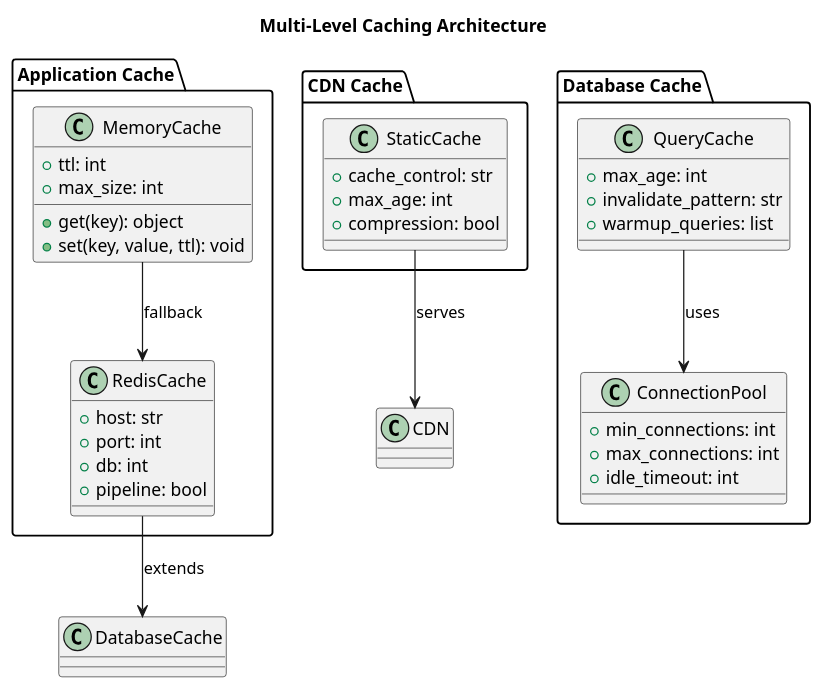
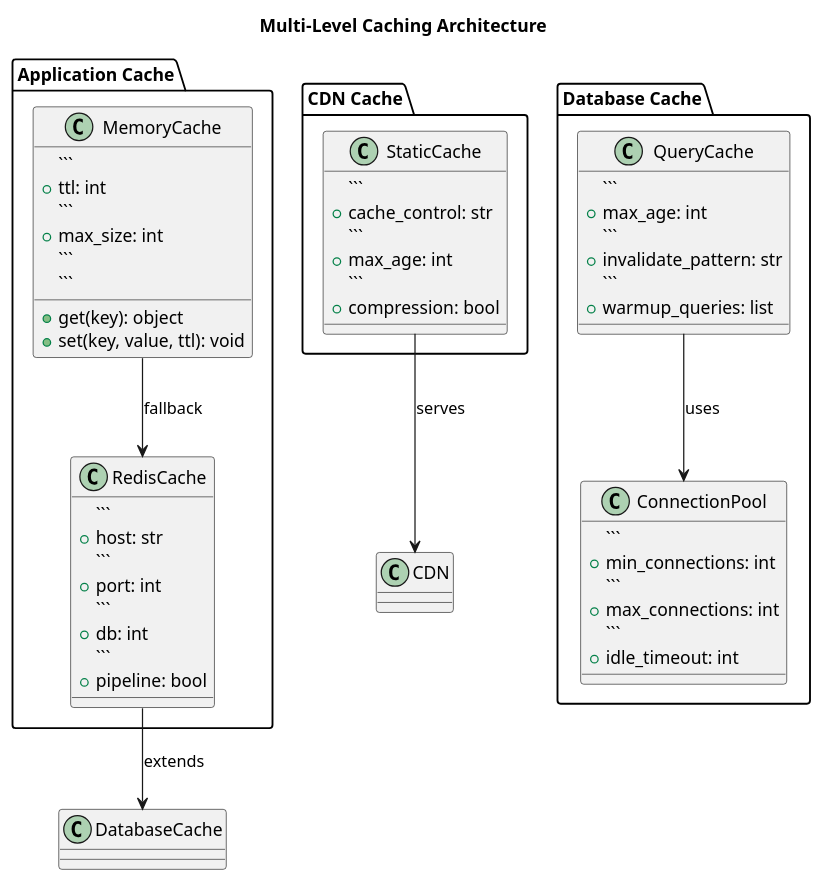
Before and after one commit to datacosmos-br/gruponos-meltano-native: diagram 12 of 13 in docs/architecture/arc42/README.md, drawn with PlantUML. The commit also changed other lines of this file and 31 other files, not shown here.

````diff
--- a/docs/architecture/arc42/README.md
+++ b/docs/architecture/arc42/README.md
@@ -930,47 +1164,64 @@
 ```plantuml
 @startuml Caching_Strategy
 title Multi-Level Caching Architecture
 
 package "Application Cache" {
   class MemoryCache {
+    ```
     +ttl: int
+    ```
     +max_size: int
+    ```
     +get(key): object
+    ```
     +set(key, value, ttl): void
   }
 
   class RedisCache {
+    ```
     +host: str
+    ```
     +port: int
+    ```
     +db: int
+    ```
     +pipeline: bool
   }
 }
 
 package "Database Cache" {
   class QueryCache {
+    ```
     +max_age: int
+    ```
     +invalidate_pattern: str
+    ```
     +warmup_queries: list
   }
 
   class ConnectionPool {
+    ```
     +min_connections: int
+    ```
     +max_connections: int
+    ```
     +idle_timeout: int
   }
 }
 
 package "CDN Cache" {
   class StaticCache {
+    ```
     +cache_control: str
+    ```
     +max_age: int
+    ```
     +compression: bool
   }
 }
 
 MemoryCache --> RedisCache : fallback
 RedisCache --> DatabaseCache : extends
 QueryCache --> ConnectionPool : uses
 StaticCache --> CDN : serves
 ```
````
